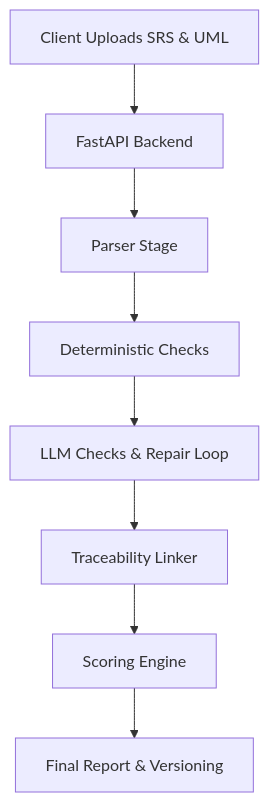
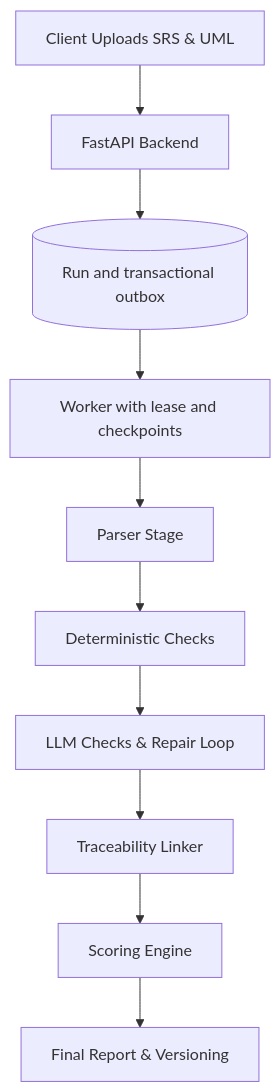
One commit to marbo786/SE_Project changed the diagram in README.md. Above: the diagram before and after it, drawn with Mermaid. The commit also changed other lines of this file and 29 other files, not shown here.

````diff
--- a/README.md
+++ b/README.md
@@ -9,10 +9,12 @@
 ```mermaid
 flowchart TD
     A[Client Uploads SRS & UML] --> B[FastAPI Backend]
-    B --> C[Parser Stage]
+    B --> Q[(Run and transactional outbox)]
+    Q --> W[Worker with lease and checkpoints]
+    W --> C[Parser Stage]
     C --> D[Deterministic Checks]
     D --> E[LLM Checks & Repair Loop]
     E --> F[Traceability Linker]
     F --> G[Scoring Engine]
     G --> H[Final Report & Versioning]
 ```
````
